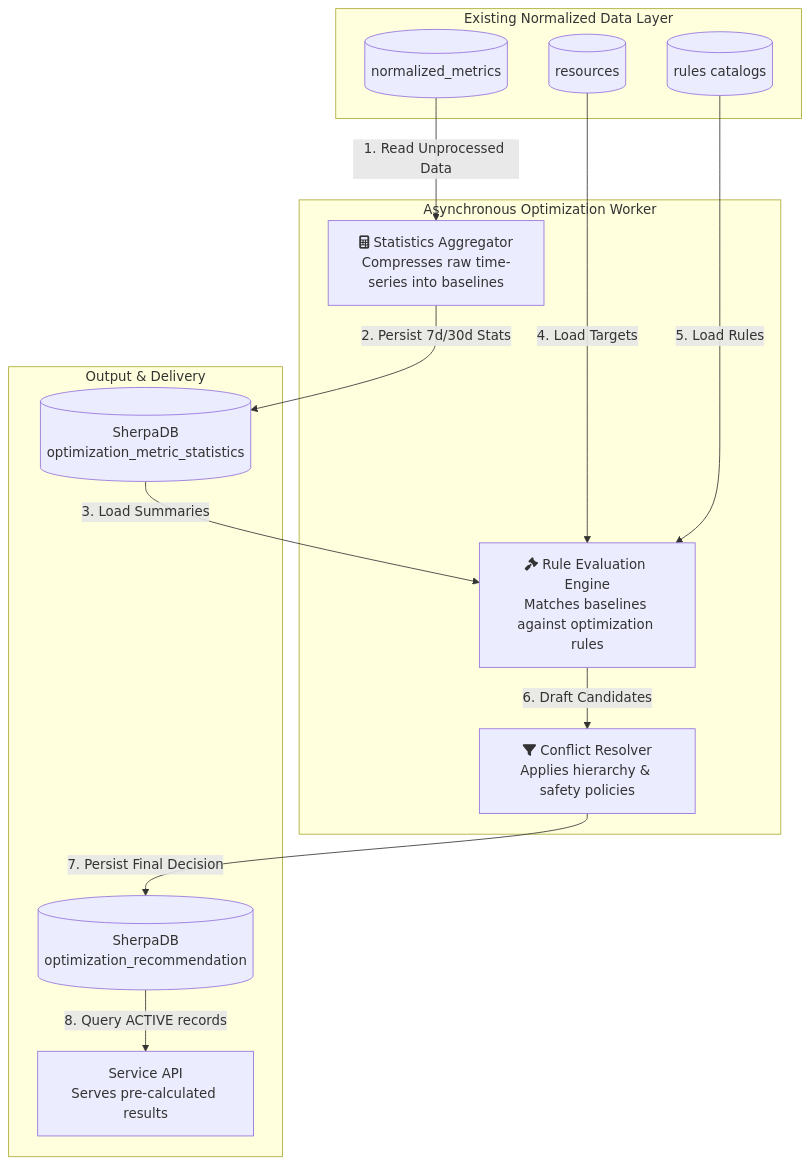
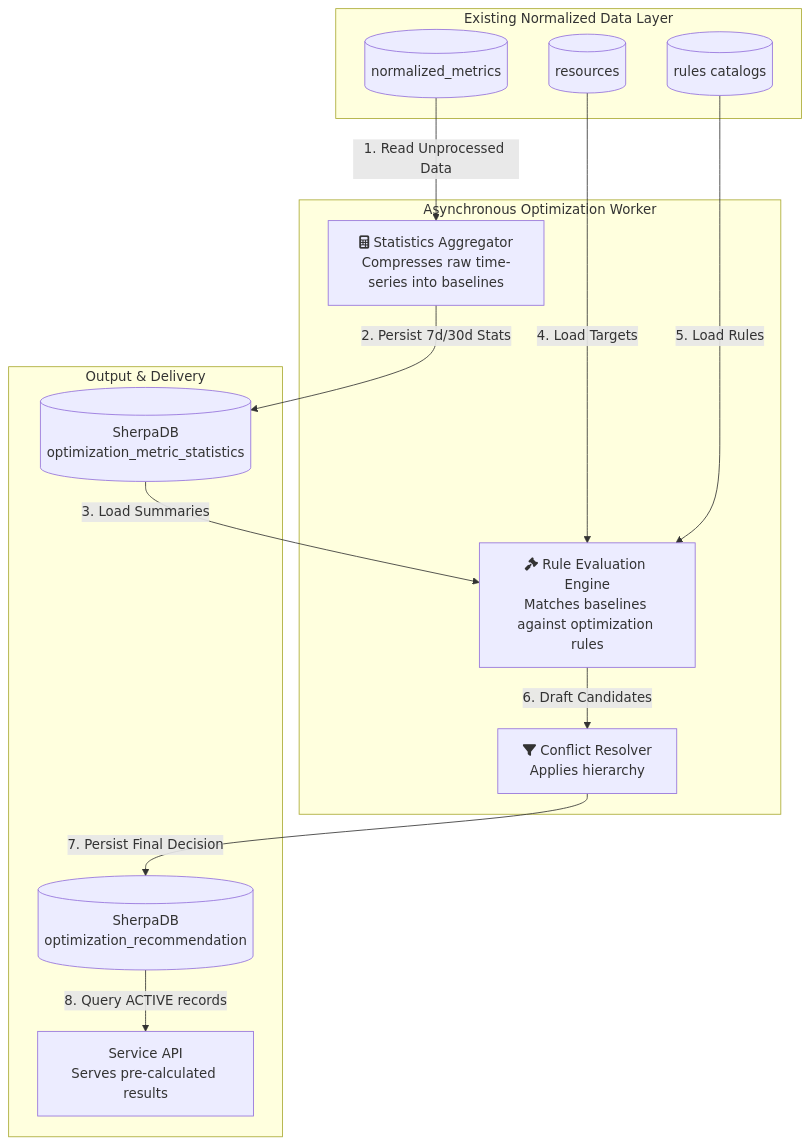
Before and after one commit to COS301-SE-2026/CloudSherpa: the first of 4 diagrams in docs/services/optimization-recommendation.md, drawn with Mermaid. The commit also changed other lines of this file, not shown here.

````diff
--- a/docs/services/optimization-recommendation.md
+++ b/docs/services/optimization-recommendation.md
@@ -9,33 +9,33 @@
 ```mermaid
 flowchart TD
     %% Starting Point: Existing Normalized Data
     subgraph Input [Existing Normalized Data Layer]
         DB_METRICS[(normalized_metrics)]
         DB_RES[(resources)]
         DB_CAT[(rules catalogs)]
     end
 
     subgraph Worker [Asynchronous Optimization Worker]
         AGGREGATOR[fa:fa-calculator Statistics Aggregator\nCompresses raw time-series into baselines]
         RULE_ENGINE[fa:fa-gavel Rule Evaluation Engine\nMatches baselines against optimization rules]
-        RESOLVER[fa:fa-filter Conflict Resolver\nApplies hierarchy & safety policies]
+        RESOLVER[fa:fa-filter Conflict Resolver\nApplies hierarchy]
     end
 
     subgraph Output [Output & Delivery]
         DB_STATS[(SherpaDB\noptimization_metric_statistics)]
         DB_REC[(SherpaDB\noptimization_recommendation)]
         API[Service API\nServes pre-calculated results]
     end
 
     DB_METRICS -->|1. Read Unprocessed Data| AGGREGATOR
     AGGREGATOR -->|2. Persist 7d/30d Stats| DB_STATS
     
     DB_STATS -->|3. Load Summaries| RULE_ENGINE
     DB_RES -->|4. Load Targets| RULE_ENGINE
     DB_CAT -->|5. Load Rules| RULE_ENGINE
     
     RULE_ENGINE -->|6. Draft Candidates| RESOLVER
     RESOLVER -->|7. Persist Final Decision| DB_REC
     
     DB_REC -->|8. Query ACTIVE records| API
 ```
````
